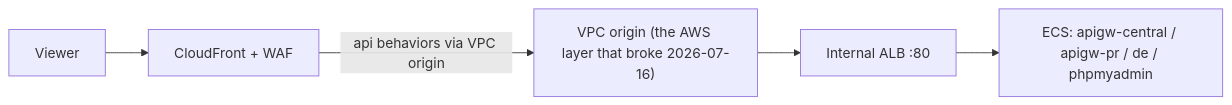
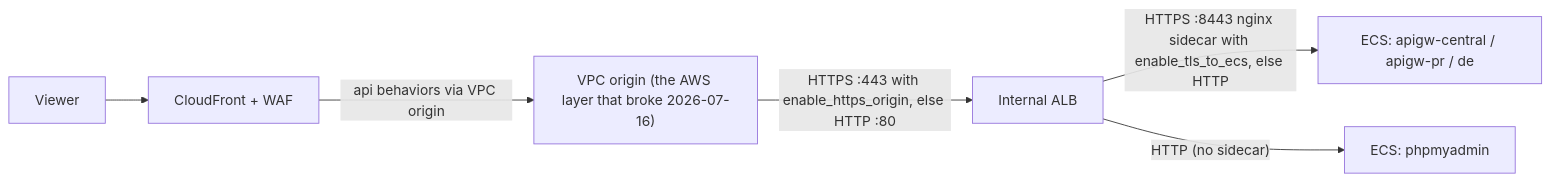
Before and after one commit to ij5a/tf: the first of 2 diagrams in cf-vpc-origin-breakglass.md, drawn with Mermaid. The commit also changed other lines of this file and 6 other files, not shown here.

Commit message:
feat(tls): encrypt cf->alb and alb->ecs hops behind enable_https_origin and enable_tls_to_ecs flags

````diff
--- a/cf-vpc-origin-breakglass.md
+++ b/cf-vpc-origin-breakglass.md
@@ -13,7 +13,8 @@
 ```mermaid
 flowchart LR
     V[Viewer] --> CF["CloudFront + WAF"]
     CF -->|"api behaviors via VPC origin"| VO["VPC origin (the AWS layer that broke 2026-07-16)"]
-    VO --> ALB["Internal ALB :80"]
-    ALB --> ECS["ECS: apigw-central / apigw-pr / de / phpmyadmin"]
+    VO -->|"HTTPS :443 with enable_https_origin, else HTTP :80"| ALB["Internal ALB"]
+    ALB -->|"HTTPS :8443 nginx sidecar with enable_tls_to_ecs, else HTTP"| ECS["ECS: apigw-central / apigw-pr / de"]
+    ALB -->|"HTTP (no sidecar)"| PMA["ECS: phpmyadmin"]
 ```
````
